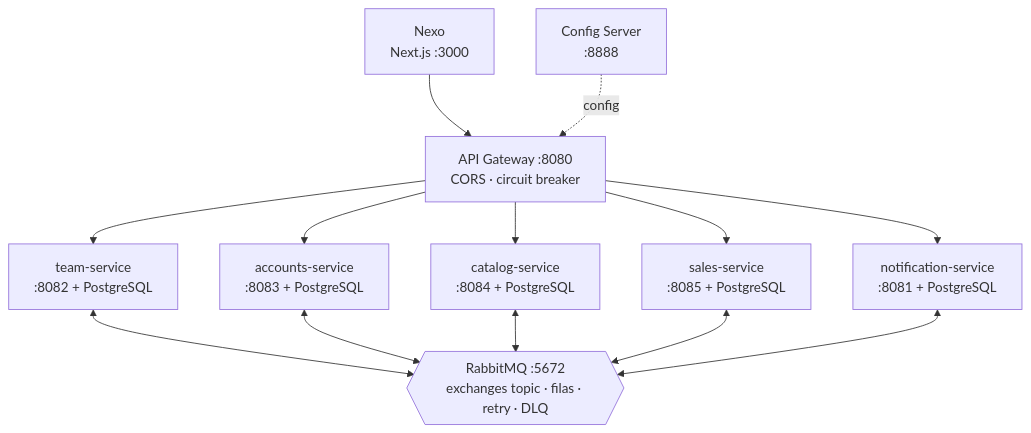
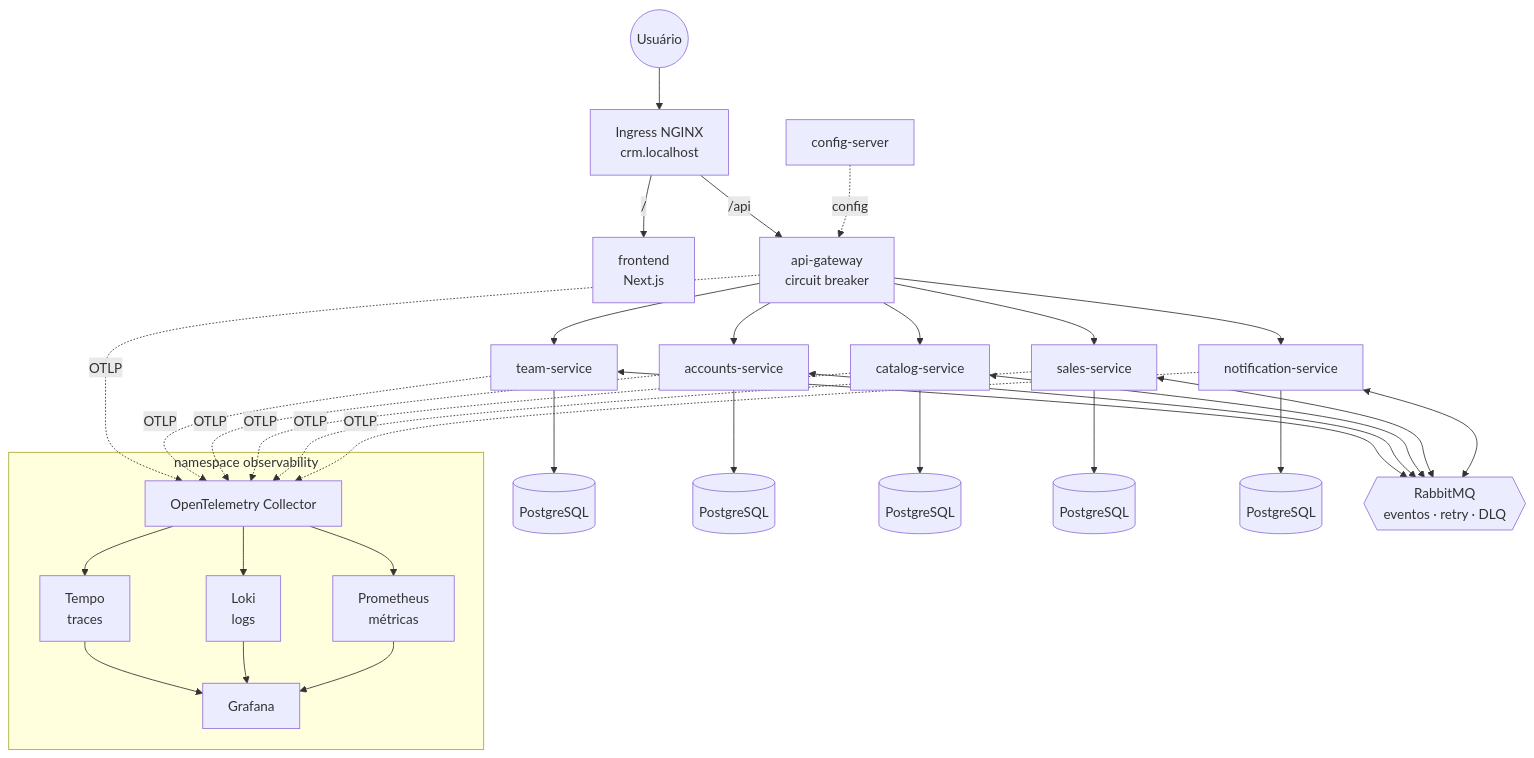
Before and after one commit to MariiMariis/crm-customer-service: the diagram in README.md, drawn with Mermaid. The commit also changed other lines of this file, not shown here.

````diff
--- a/README.md
+++ b/README.md
@@ -36,17 +52,24 @@
 ```mermaid
 flowchart TB
-    UI["Nexo<br/>Next.js :3000"] --> GW["API Gateway :8080<br/>CORS · circuit breaker"]
-    CFG["Config Server<br/>:8888"] -.config.-> GW
+    U(("Usuário")) --> ING["Ingress NGINX<br/>crm.localhost"]
+    ING -->|"/"| UI["frontend<br/>Next.js"]
+    ING -->|"/api"| GW["api-gateway<br/>circuit breaker"]
+    CFG["config-server"] -.config.-> GW
 
-    GW --> TEAM["team-service<br/>:8082 + PostgreSQL"]
-    GW --> ACC["accounts-service<br/>:8083 + PostgreSQL"]
-    GW --> CAT["catalog-service<br/>:8084 + PostgreSQL"]
-    GW --> SALES["sales-service<br/>:8085 + PostgreSQL"]
-    GW --> NOTIF["notification-service<br/>:8081 + PostgreSQL"]
+    GW --> TEAM["team-service"] --> DB1[("PostgreSQL")]
+    GW --> ACC["accounts-service"] --> DB2[("PostgreSQL")]
+    GW --> CAT["catalog-service"] --> DB3[("PostgreSQL")]
+    GW --> SALES["sales-service"] --> DB4[("PostgreSQL")]
+    GW --> NOTIF["notification-service"] --> DB5[("PostgreSQL")]
 
-    TEAM <--> MQ{{"RabbitMQ :5672<br/>exchanges topic · filas · retry · DLQ"}}
-    ACC <--> MQ
-    CAT <--> MQ
-    SALES <--> MQ
-    NOTIF <--> MQ
+    TEAM & ACC & CAT & SALES & NOTIF <--> MQ{{"RabbitMQ<br/>eventos · retry · DLQ"}}
+
+    subgraph OBS["namespace observability"]
+        OTEL["OpenTelemetry Collector"] --> TEMPO["Tempo<br/>traces"]
+        OTEL --> LOKI["Loki<br/>logs"]
+        OTEL --> PROM["Prometheus<br/>métricas"]
+        TEMPO & LOKI & PROM --> GRAF["Grafana"]
+    end
+
+    GW & TEAM & ACC & CAT & SALES & NOTIF -. OTLP .-> OTEL
 ```
````
